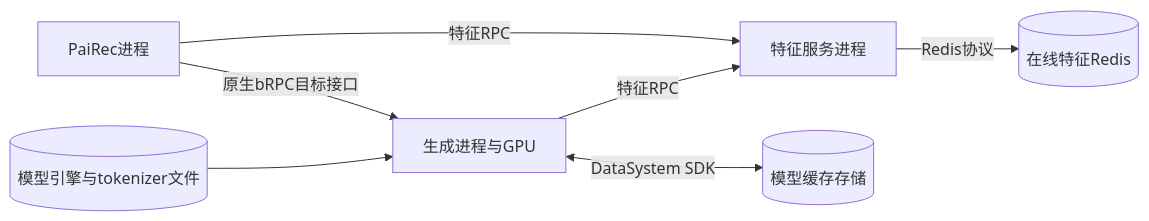
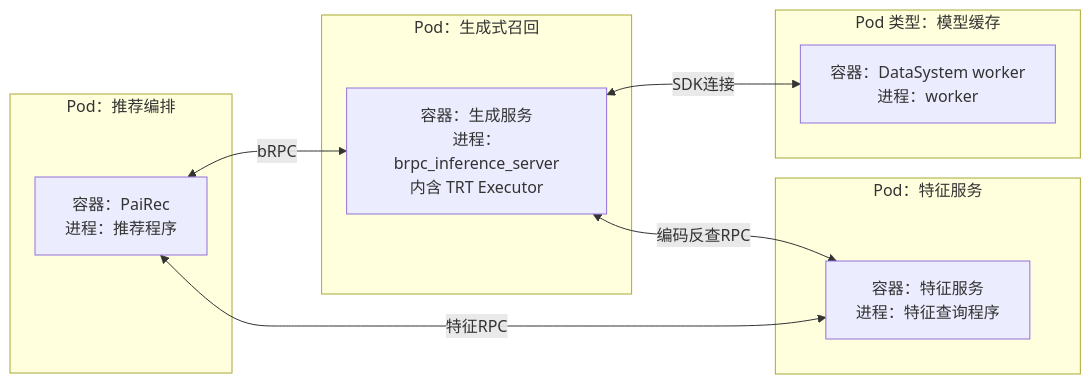
One commit to bitianyuan123/docs changed the diagram in diagrams/04_generative_recall_04.mmd. Above: the diagram before and after it, drawn with Mermaid. The commit also changed 141 other files, not shown here.

Commit message:
docs: audit module views and analyze PaiRec OneTrans Redis workloads

```diff
--- a/diagrams/04_generative_recall_04.mmd
+++ b/diagrams/04_generative_recall_04.mmd
@@ -1,7 +1,17 @@
 flowchart LR
-    P[PaiRec进程] -->|原生bRPC目标接口| G[生成进程与GPU]
-    P -->|特征RPC| F[特征服务进程]
-    G -->|特征RPC| F
-    F -->|Redis协议| R[(在线特征Redis)]
-    A[(模型引擎与tokenizer文件)] --> G
-    G <-->|DataSystem SDK| K[(模型缓存存储)]
+    subgraph PP[Pod：推荐编排]
+        P[容器：PaiRec<br/>进程：推荐程序]
+    end
+    subgraph GP[Pod：生成式召回]
+        G[容器：生成服务<br/>进程：brpc_inference_server<br/>内含 TRT Executor]
+    end
+    subgraph FP[Pod：特征服务]
+        F[容器：特征服务<br/>进程：特征查询程序]
+    end
+    subgraph WP[Pod 类型：模型缓存]
+        K[容器：DataSystem worker<br/>进程：worker]
+    end
+    P <-->|bRPC| G
+    P <-->|特征RPC| F
+    G <-->|编码反查RPC| F
+    G <-->|SDK连接| K
```
